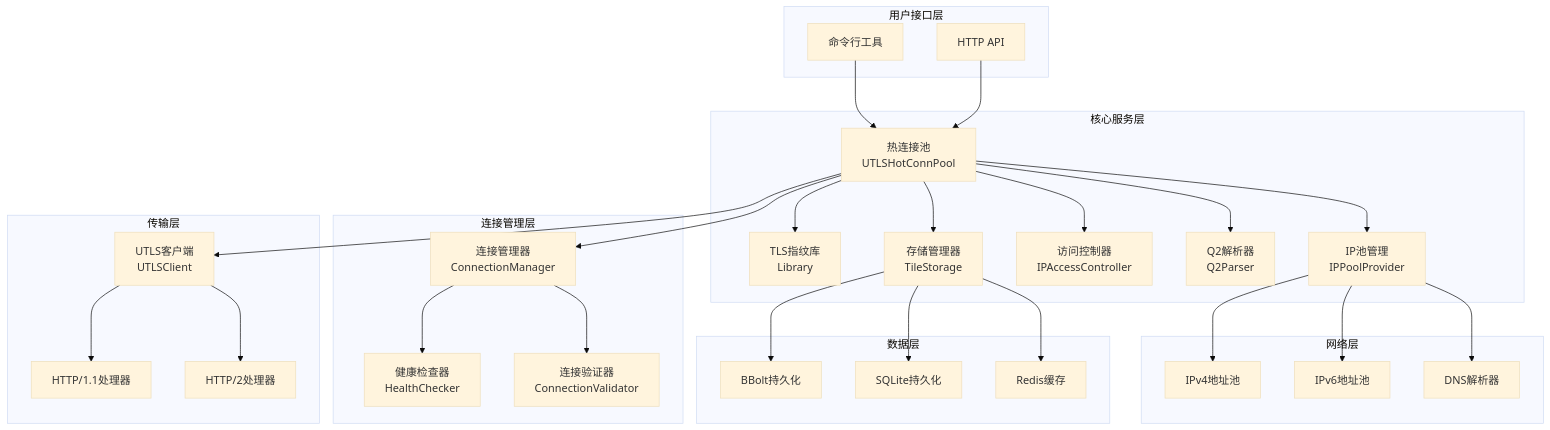
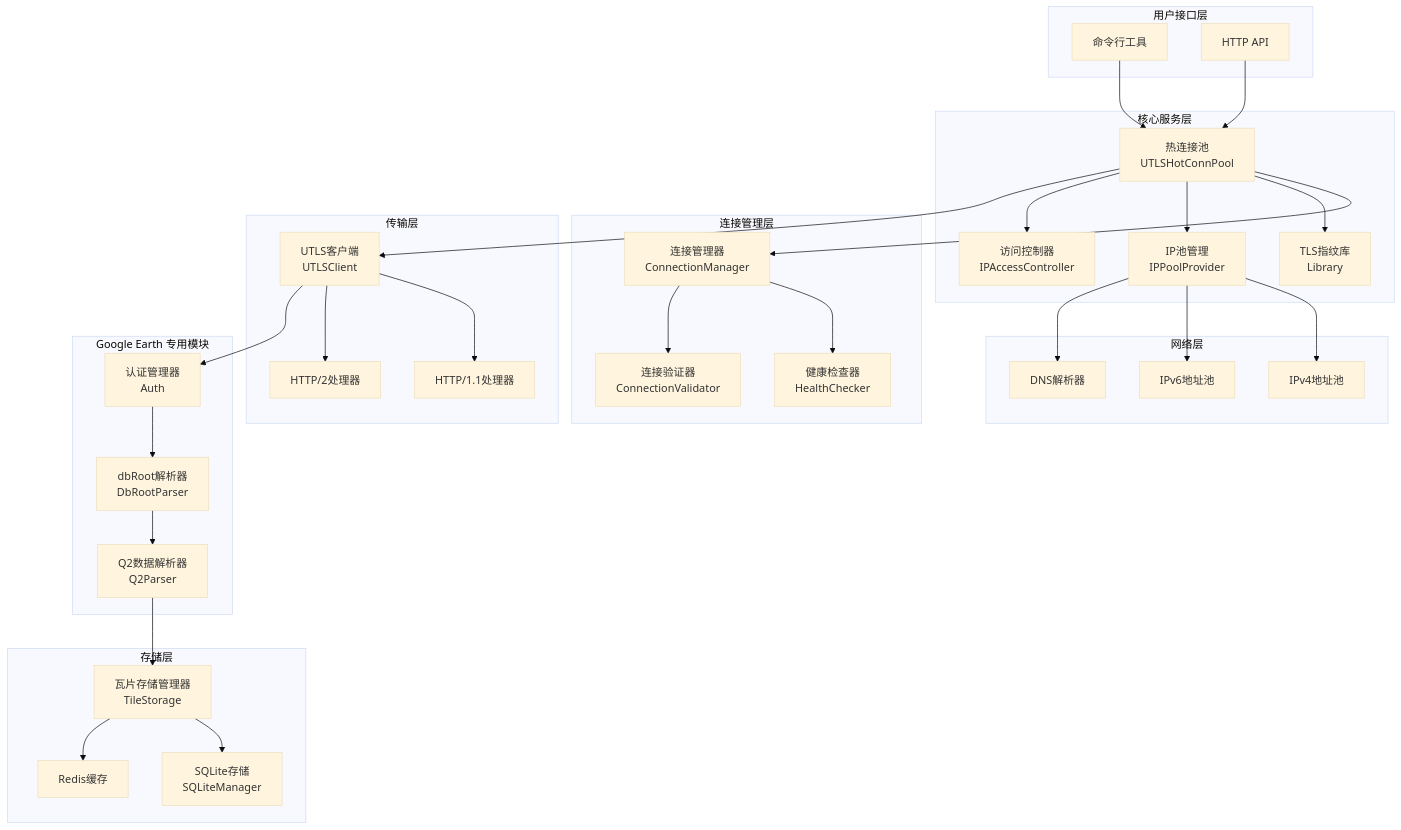
The first of 13 diagrams in .qoder/repowiki/zh/content/核心功能/核心功能.md (vistone/crawler-platform), drawn with Mermaid (base theme) before and after one commit. The commit also changed other lines of this file and 6 other files, not shown here.

````diff
--- a/.qoder/repowiki/zh/content/核心功能/核心功能.md
+++ b/.qoder/repowiki/zh/content/核心功能/核心功能.md
@@ -62,54 +58,58 @@
 ```mermaid
 graph TB
 subgraph "用户接口层"
 CLI[命令行工具]
 API[HTTP API]
 end
 subgraph "核心服务层"
 HC[热连接池<br/>UTLSHotConnPool]
 FP[TLS指纹库<br/>Library]
 IP[IP池管理<br/>IPPoolProvider]
 AC[访问控制器<br/>IPAccessController]
-Q2[Q2解析器<br/>Q2Parser]
-ST[存储管理器<br/>TileStorage]
 end
 subgraph "连接管理层"
 CM[连接管理器<br/>ConnectionManager]
 HC_CHECK[健康检查器<br/>HealthChecker]
 CV[连接验证器<br/>ConnectionValidator]
 end
 subgraph "传输层"
 TC[UTLS客户端<br/>UTLSClient]
 HTTP1[HTTP/1.1处理器]
 HTTP2[HTTP/2处理器]
 end
 subgraph "网络层"
 IPv4[IPv4地址池]
 IPv6[IPv6地址池]
 DNS[DNS解析器]
 end
-subgraph "数据层"
-BB[BBolt持久化]
-SQ[SQLite持久化]
-RD[Redis缓存]
+subgraph "Google Earth 专用模块"
+GE_AUTH[认证管理器<br/>Auth]
+GE_DBROOT[dbRoot解析器<br/>DbRootParser]
+GE_Q2[Q2数据解析器<br/>Q2Parser]
+end
+subgraph "存储层"
+STORAGE[瓦片存储管理器<br/>TileStorage]
+SQLITE[SQLite存储<br/>SQLiteManager]
+REDIS[Redis缓存]
 end
 CLI --> HC
 API --> HC
 HC --> CM
 HC --> FP
 HC --> IP
 HC --> AC
-HC --> TC
 CM --> HC_CHECK
 CM --> CV
+HC --> TC
 TC --> HTTP1
 TC --> HTTP2
 IP --> IPv4
 IP --> IPv6
 IP --> DNS
-HC --> Q2
-HC --> ST
-ST --> BB
-ST --> SQ
-ST --> RD
+TC --> GE_AUTH
+GE_AUTH --> GE_DBROOT
+GE_DBROOT --> GE_Q2
+GE_Q2 --> STORAGE
+STORAGE --> SQLITE
+STORAGE --> REDIS
 ```
````
